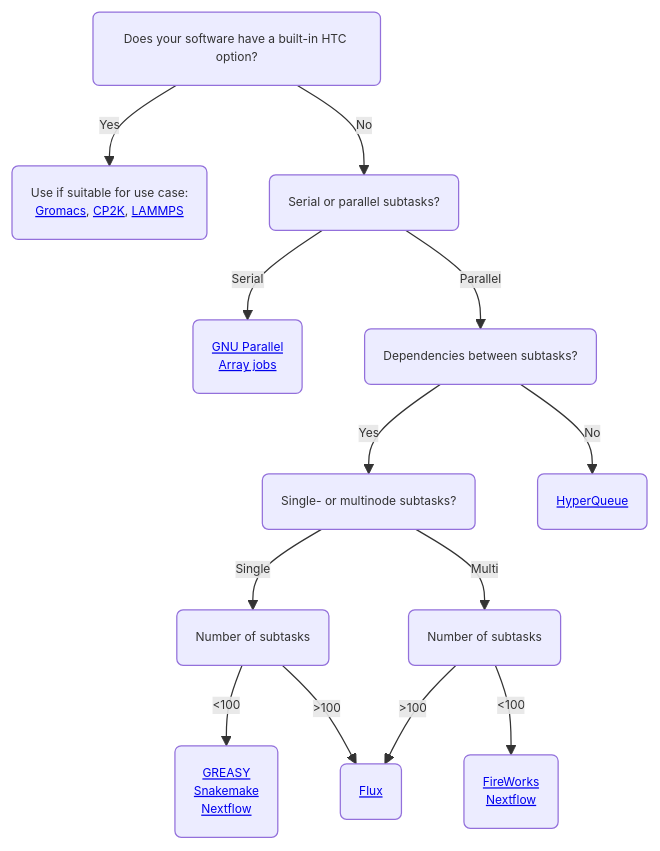
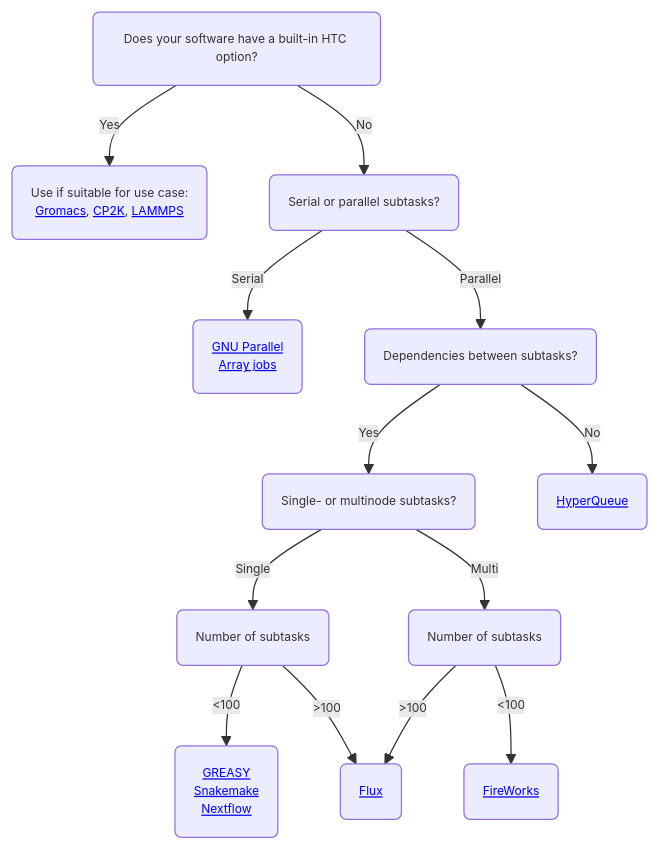
Before and after one commit to CSCfi/csc-user-guide: the first of 2 diagrams in docs/computing/running/throughput.md, drawn with Mermaid. The commit also changed other lines of this file and 4 other files, not shown here.

````diff
--- a/docs/computing/running/throughput.md
+++ b/docs/computing/running/throughput.md
@@ -50,16 +50,16 @@
 ```mermaid
 %%{init: {'theme': 'default', 'themeVariables': { 'fontSize': '0.6rem', 'fontFamily': 'Raleway'}}}%%
 graph TD
     C(Does your software have a built-in HTC option?) -->|Yes| D("Use if suitable for use case:<br><a href='/apps/gromacs/#high-throughput-computing-with-gromacs'>Gromacs</a>, <a href='/apps/cp2k/#high-throughput-computing-with-gromacs'>CP2K</a>, <a href='/apps/lammps/#high-throughput-computing-with-gromacs'>LAMMPS</a>")
     C -->|No| E(Serial or parallel subtasks?)
     E -->|Serial| F(<a href='/support/tutorials/many/'>GNU Parallel</a><br><a href='/computing/running/array-jobs/'>Array jobs</a>)
     E -->|Parallel| G(Dependencies between subtasks?)
     G -->|Yes| H(Single- or multinode subtasks?)
     G -->|No| I(<a href='https://it4innovations.github.io/hyperqueue/stable/'>HyperQueue</a>)
     H -->|Single| J(Number of subtasks)
     H -->|Multi| K(Number of subtasks)
     J -->|<100| M(<a href='/computing/running/greasy/'>GREASY</a><br><a href='https://snakemake.readthedocs.io/en/stable/'>Snakemake</a><br><a href='/support/tutorials/nextflow-puhti/'>Nextflow</a>)
-    K -->|<100| O(<a href='/computing/running/fireworks/'>FireWorks</a><br><a href='/support/tutorials/nextflow-puhti/'>Nextflow</a>)
+    K -->|<100| O(<a href='/computing/running/fireworks/'>FireWorks</a>)
     J -->|>100| L(<a href='http://flux-framework.org/'>Flux</a>)
     K -->|>100| L
 ```
````
